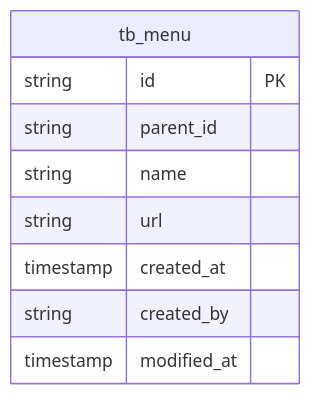
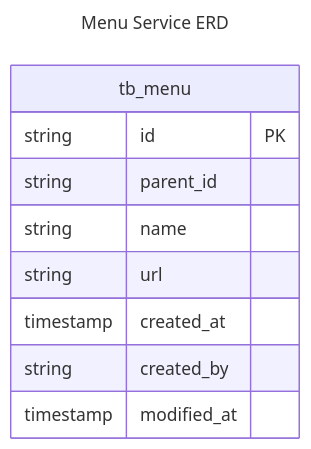
Before and after one commit to KalGookSoo/springboot-msa: the second of 2 diagrams in menu/README.md, drawn with Mermaid. The commit also changed other lines of this file, not shown here.

Commit message:
docs: README.md 수정 클래스 다이어그램 수정

````diff
--- a/menu/README.md
+++ b/menu/README.md
@@ -61,12 +55,15 @@
 ```mermaid
+---
+title: Menu Service ERD
+---
 erDiagram
     tb_menu {
         string id PK
         string parent_id
         string name
         string url
         timestamp created_at
         string created_by
         timestamp modified_at
     }
 ```
````
